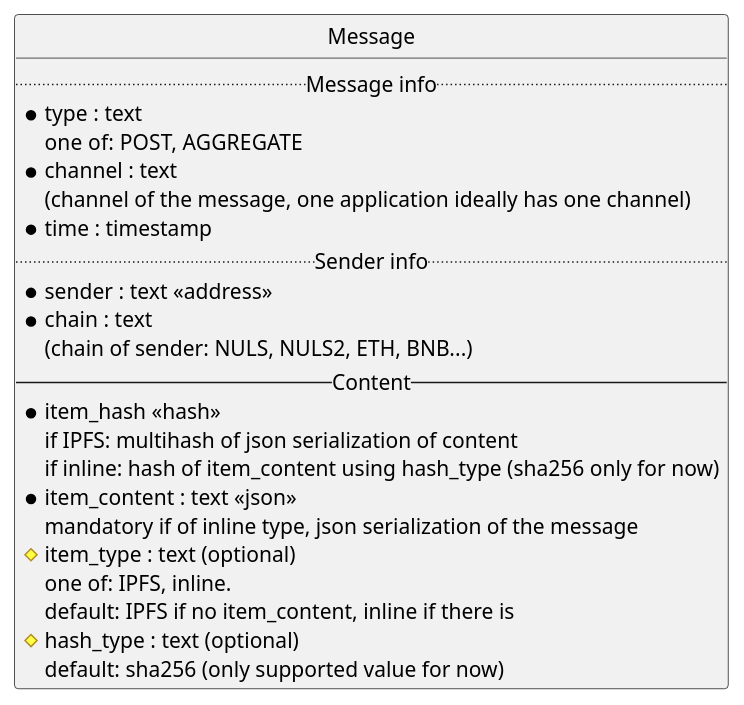
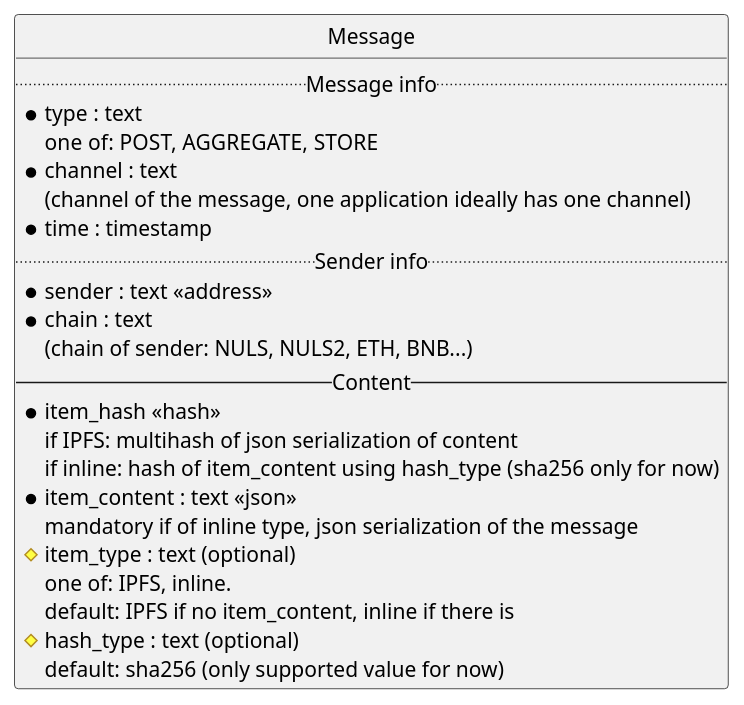
The first of 2 diagrams in docs/protocol/messages/index.rst (aleph-im/pyaleph), drawn with PlantUML before and after one commit. The commit also changed other lines of this file, not shown here.

```diff
--- a/docs/protocol/messages/index.rst
+++ b/docs/protocol/messages/index.rst
@@ -13,29 +12,29 @@
 .. uml::
 
     @startuml
         entity Message {
             .. Message info ..
             *type : text
-            one of: POST, AGGREGATE
+            one of: POST, AGGREGATE, STORE
             *channel : text
             (channel of the message, one application ideally has one channel)
             *time : timestamp
             .. Sender info ..
             *sender : text <<address>>
             *chain : text
             (chain of sender: NULS, NULS2, ETH, BNB...)
             -- Content --
             *item_hash <<hash>>
             if IPFS: multihash of json serialization of content
             if inline: hash of item_content using hash_type (sha256 only for now)
             *item_content : text <<json>>
             mandatory if of inline type, json serialization of the message
             #item_type : text (optional)
             one of: IPFS, inline.
             default: IPFS if no item_content, inline if there is
             #hash_type : text (optional)
             default: sha256 (only supported value for now)
         }
 
         hide circle
     @enduml
```
